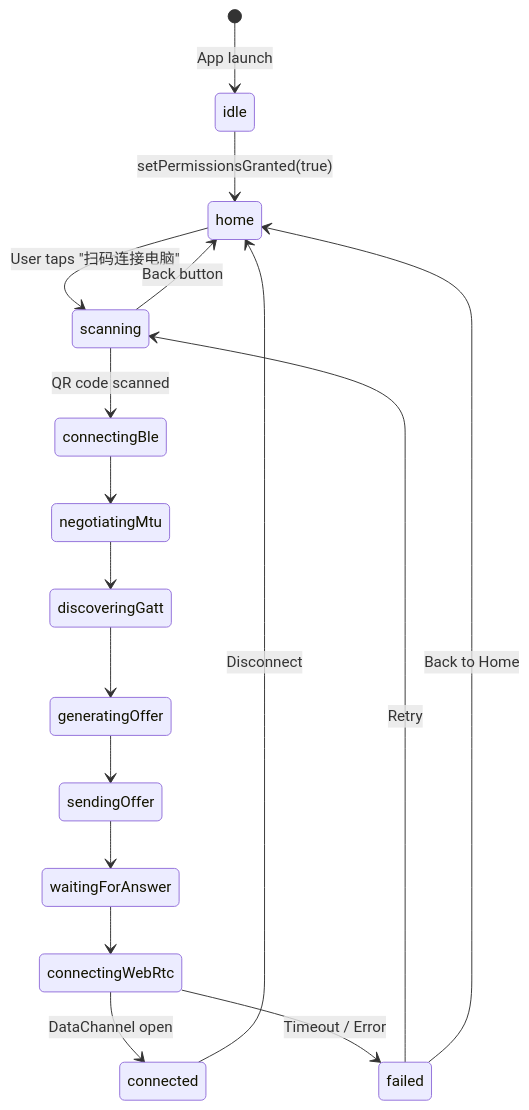
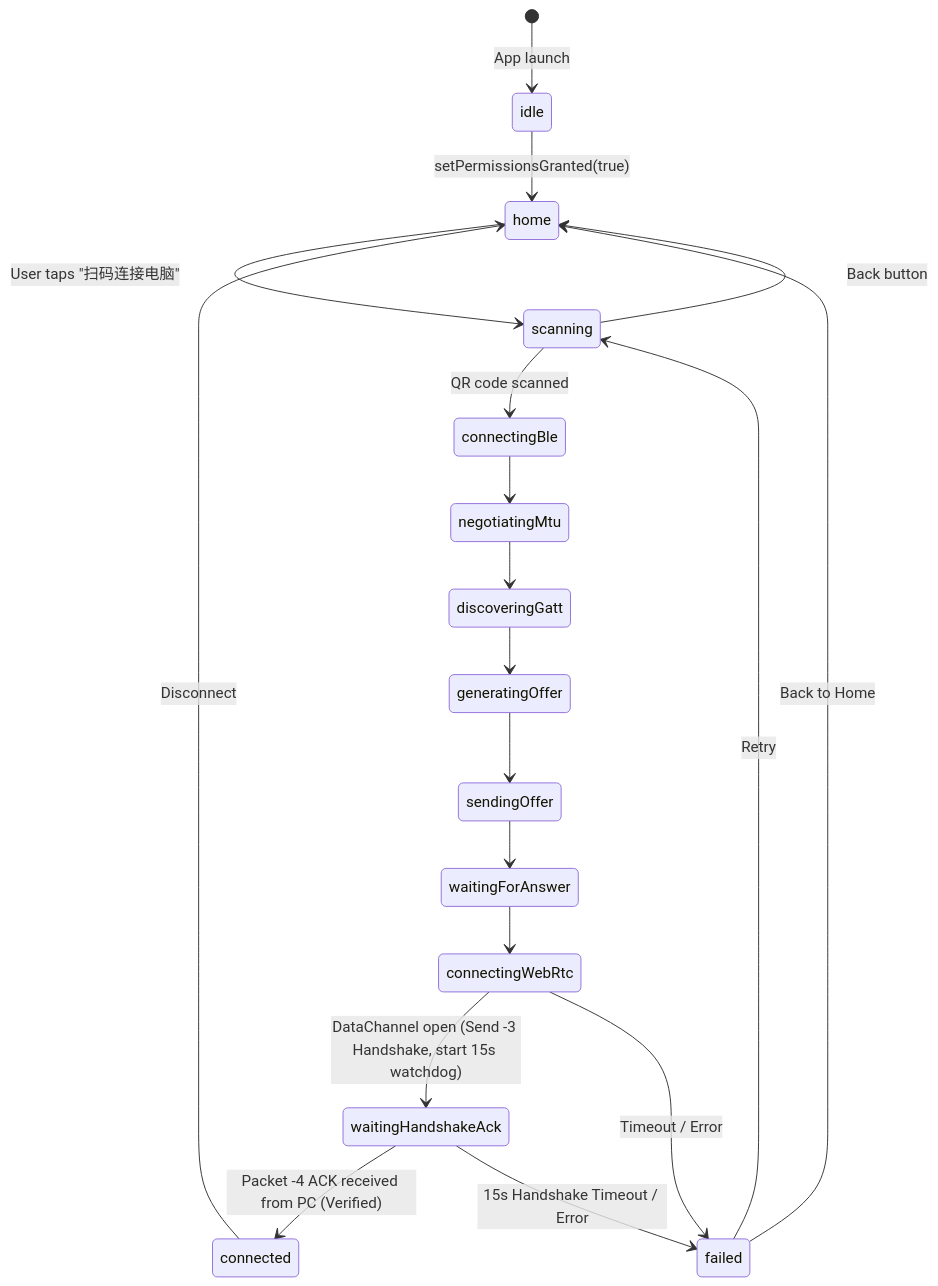
One commit to NovaMindLab/AIShare-Grabber changed the diagram in wiki/android/README.md. Above: the diagram before and after it, drawn with Mermaid. The commit also changed other lines of this file and 5 other files, not shown here.

````diff
--- a/wiki/android/README.md
+++ b/wiki/android/README.md
@@ -40,19 +40,21 @@
 ```mermaid
 stateDiagram-v2
     [*] --> idle : App launch
     idle --> home : setPermissionsGranted(true)
     home --> scanning : User taps "扫码连接电脑"
     scanning --> connectingBle : QR code scanned
     connectingBle --> negotiatingMtu
     negotiatingMtu --> discoveringGatt
     discoveringGatt --> generatingOffer
     generatingOffer --> sendingOffer
     sendingOffer --> waitingForAnswer
     waitingForAnswer --> connectingWebRtc
-    connectingWebRtc --> connected : DataChannel open
+    connectingWebRtc --> waitingHandshakeAck : DataChannel open (Send -3 Handshake, start 15s watchdog)
+    waitingHandshakeAck --> connected : Packet -4 ACK received from PC (Verified)
+    waitingHandshakeAck --> failed : 15s Handshake Timeout / Error
     connectingWebRtc --> failed : Timeout / Error
     failed --> scanning : Retry
     failed --> home : Back to Home
     scanning --> home : Back button
     connected --> home : Disconnect
 ```
````
